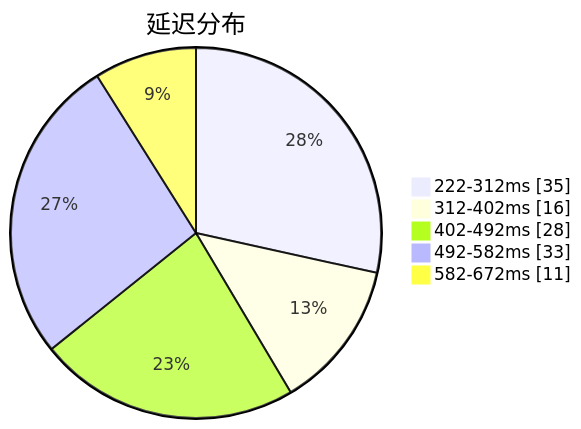
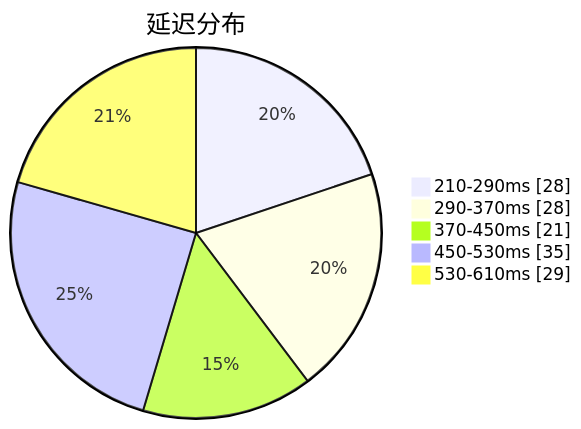
One commit to qjlxg/airport changed the first of 3 diagrams in subs/statistics/tested_within.md. Above: the diagram before and after it, drawn with Mermaid. The commit also changed other lines of this file and 2 other files, not shown here.

````diff
--- a/subs/statistics/tested_within.md
+++ b/subs/statistics/tested_within.md
@@ -2,9 +2,9 @@
 ```mermaid
 pie showData
 title 延迟分布
-"222-312ms" : 35
-"312-402ms" : 16
-"402-492ms" : 28
-"492-582ms" : 33
-"582-672ms" : 11
+"210-290ms" : 28
+"290-370ms" : 28
+"370-450ms" : 21
+"450-530ms" : 35
+"530-610ms" : 29
 ```
````
